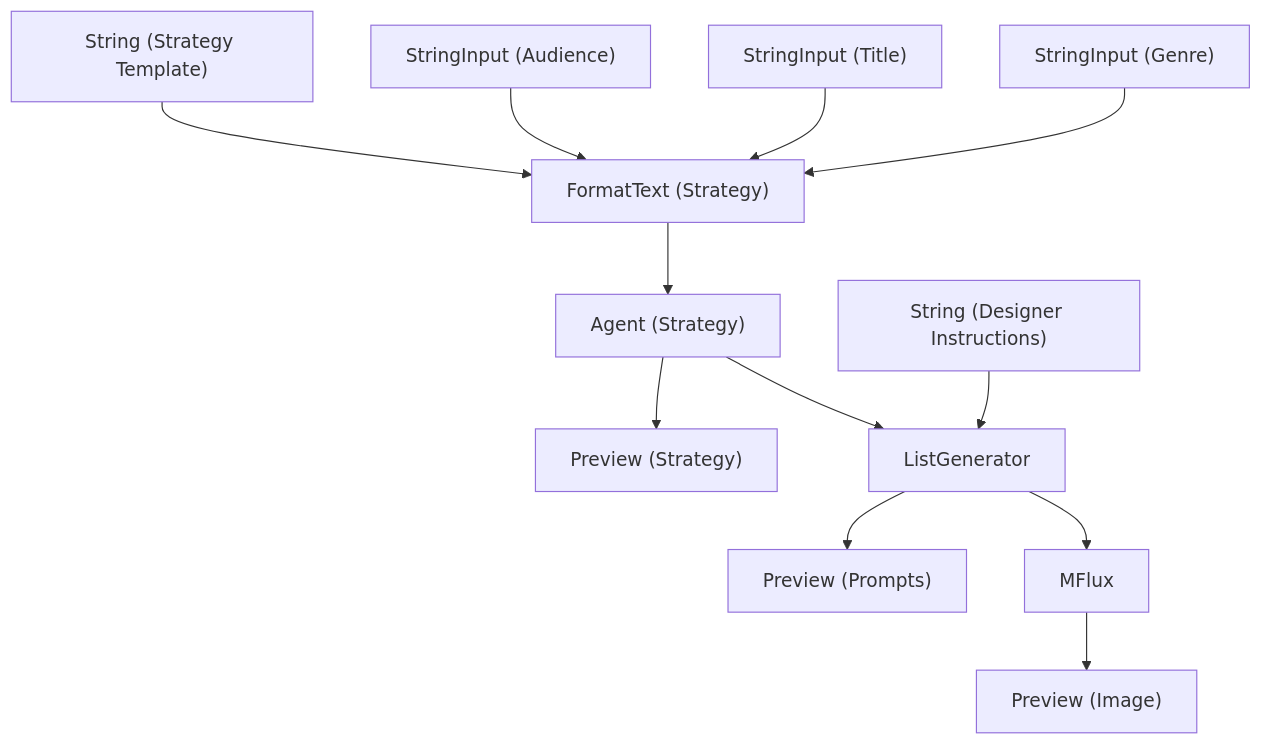
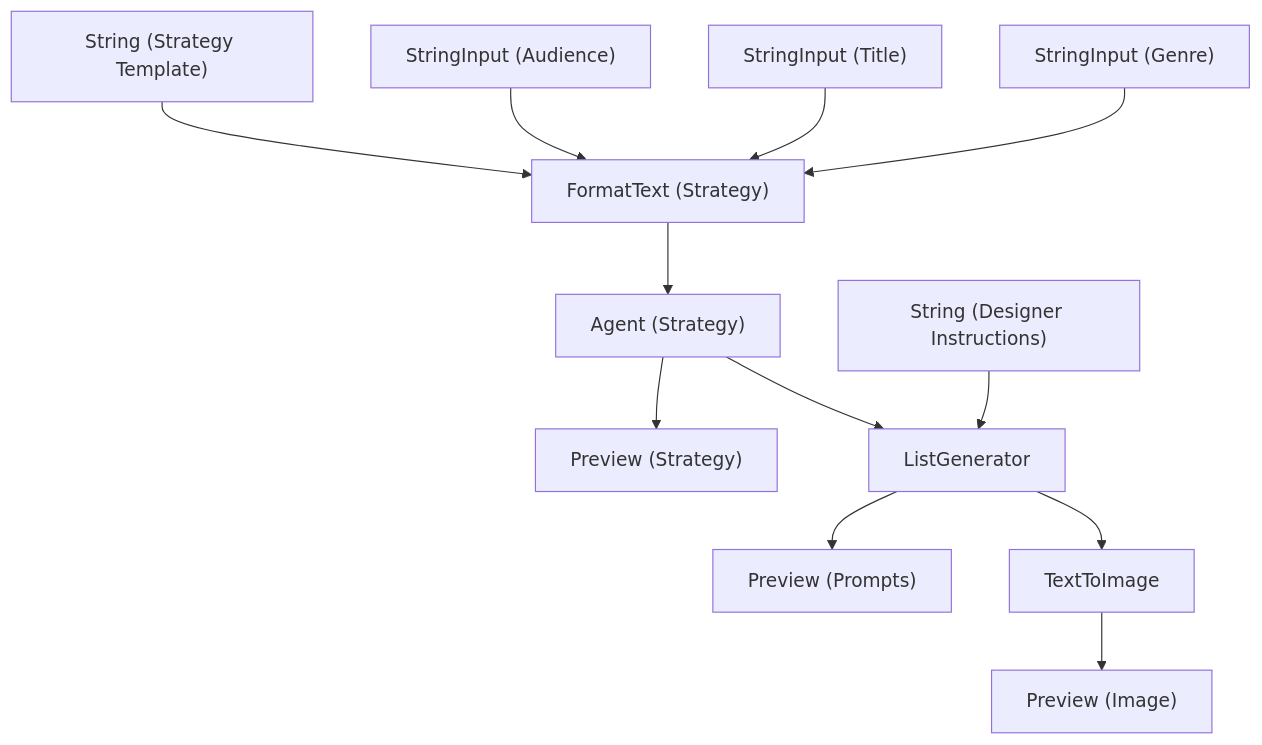
One commit to nodetool-ai/nodetool changed the third of 17 diagrams in docs/cookbook/patterns.md. Above: the diagram before and after it, drawn with Mermaid. The commit also changed other lines of this file and 683 other files, not shown here.

```diff
--- a/docs/cookbook/patterns.md
+++ b/docs/cookbook/patterns.md
@@ -82,26 +82,26 @@
 {% mermaid %}
 graph TD
   strategy_llm["Agent (Strategy)"]
   strategy_template_prompt["String (Strategy Template)"]
   strategy_preview["Preview (Strategy)"]
   strategy_prompt_formatter["FormatText (Strategy)"]
   movie_title_input["StringInput (Title)"]
   genre_input["StringInput (Genre)"]
   audience_input["StringInput (Audience)"]
   image_preview["Preview (Image)"]
   prompt_list_generator["ListGenerator"]
   designer_instructions_prompt["String (Designer Instructions)"]
   preview_prompts["Preview (Prompts)"]
-  mflux["MFlux"]
+  text_to_image["TextToImage"]
   strategy_llm --> strategy_preview
   strategy_template_prompt --> strategy_prompt_formatter
   strategy_prompt_formatter --> strategy_llm
   strategy_llm --> prompt_list_generator
   designer_instructions_prompt --> prompt_list_generator
   audience_input --> strategy_prompt_formatter
   movie_title_input --> strategy_prompt_formatter
   genre_input --> strategy_prompt_formatter
   prompt_list_generator --> preview_prompts
-  prompt_list_generator --> mflux
-  mflux --> image_preview
+  prompt_list_generator --> text_to_image
+  text_to_image --> image_preview
 {% endmermaid %}
```
